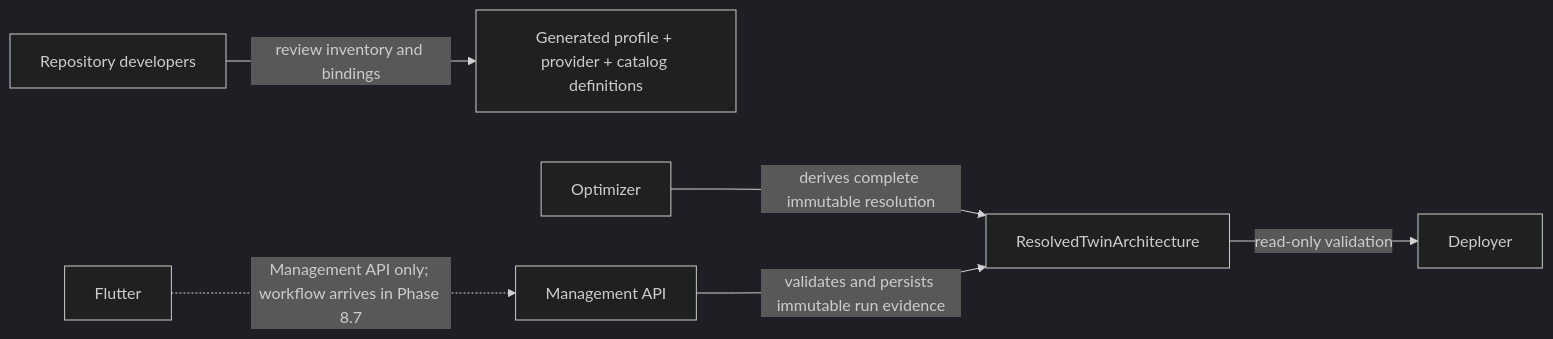
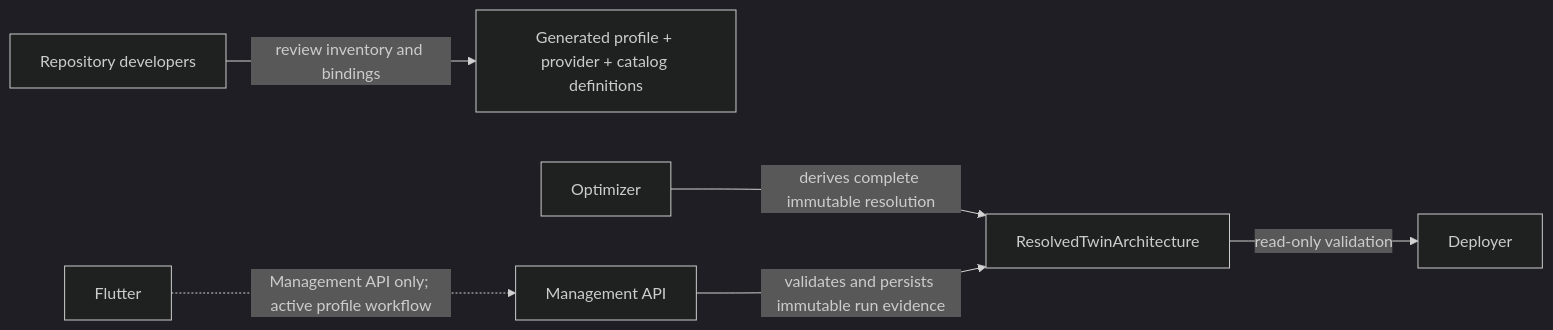
The diagram in docs-site/docs/contracts-and-data-flow/architecture-profiles.md (TVJunkie724/master-thesis), drawn with Mermaid (dark theme) before and after one commit. The commit also changed other lines of this file and 23 other files, not shown here.

First line of the commit message:
[AI-0803-EVRV] docs(phase-8): reconcile active profile guidance

````diff
--- a/docs-site/docs/contracts-and-data-flow/architecture-profiles.md
+++ b/docs-site/docs/contracts-and-data-flow/architecture-profiles.md
@@ -30,8 +31,8 @@
 ```mermaid
 flowchart LR
     Developers["Repository developers"] -->|"review inventory and bindings"| Contracts["Generated profile + provider + catalog definitions"]
     Optimizer["Optimizer"] -->|"derives complete immutable resolution"| Resolution["ResolvedTwinArchitecture"]
     Management["Management API"] -->|"validates and persists immutable run evidence"| Resolution
     Resolution -->|"read-only validation"| Deployer["Deployer"]
-    Flutter["Flutter"] -.->|"Management API only; workflow arrives in Phase 8.7"| Management
+    Flutter["Flutter"] -.->|"Management API only; active profile workflow"| Management
 ```
````
